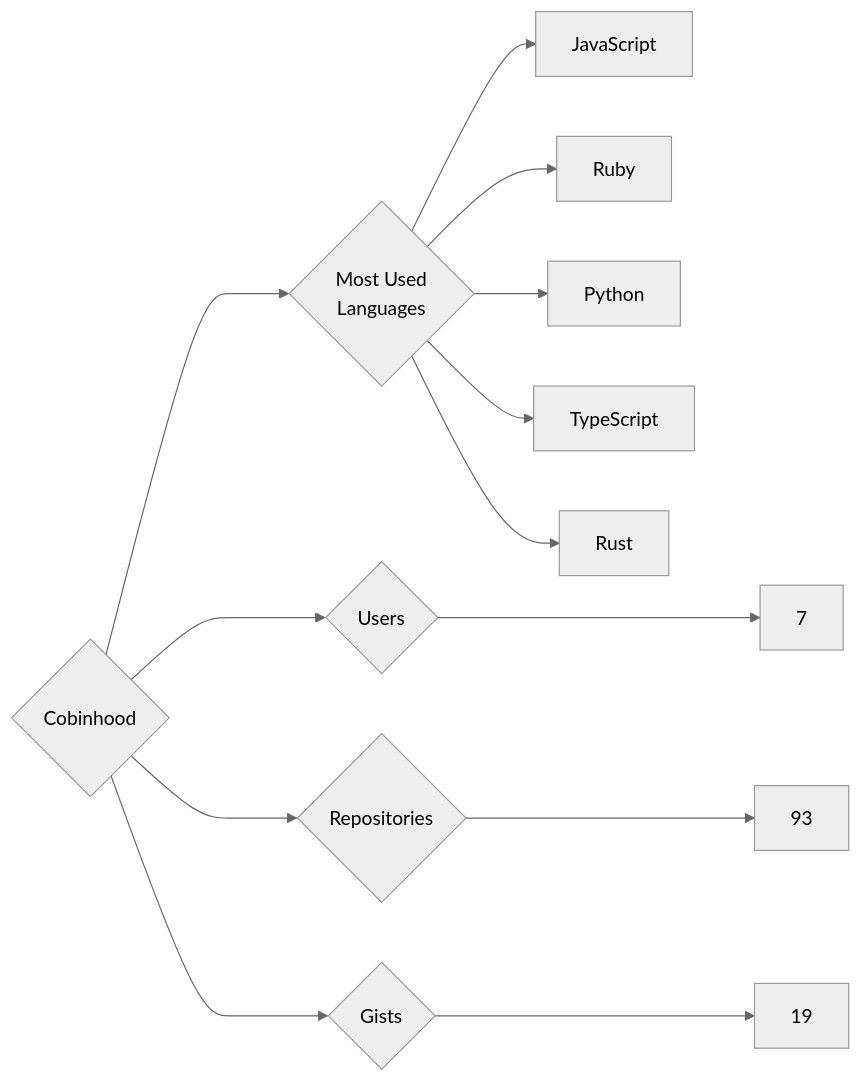
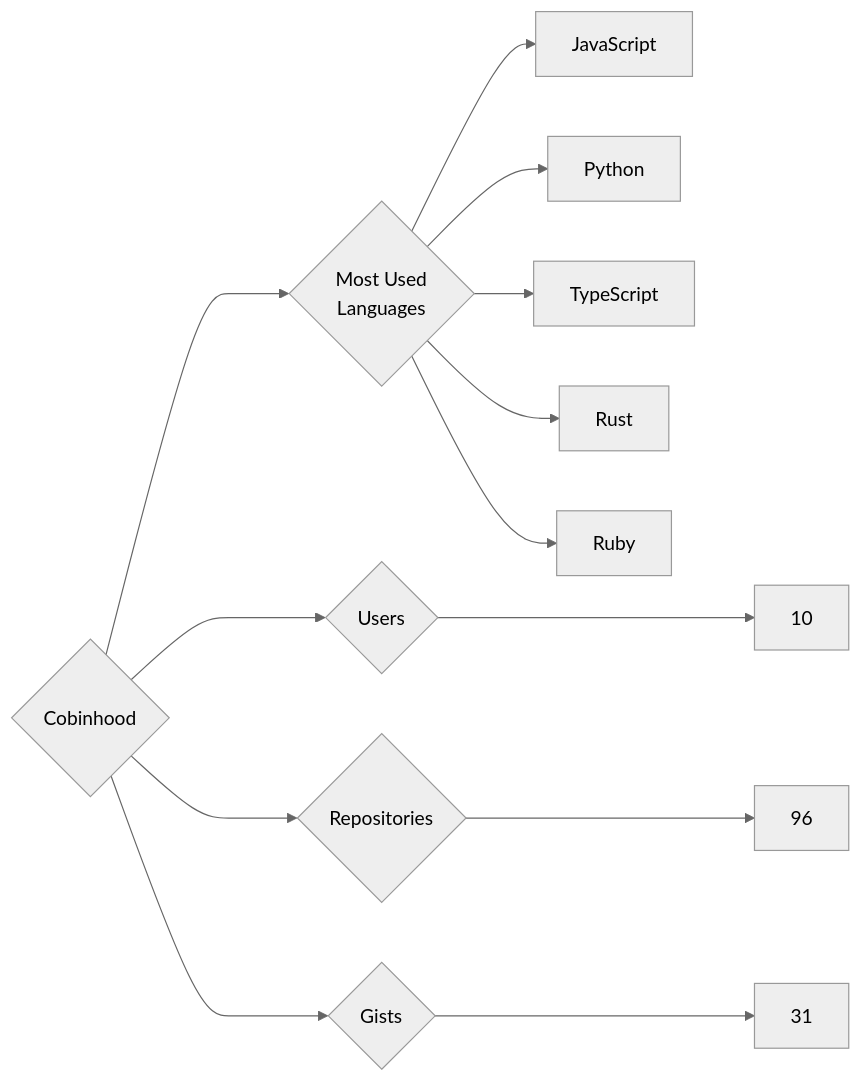
One commit to trickest/insiders changed the diagram in targets/Cobinhood/README.md. Above: the diagram before and after it, drawn with Mermaid (neutral theme). The commit also changed 611 other files, not shown here.

````diff
--- a/targets/Cobinhood/README.md
+++ b/targets/Cobinhood/README.md
@@ -3,13 +3,13 @@
 ```mermaid
 graph LR
 COMPANY_NAME{Cobinhood}
-COMPANY_NAME ---> U{Users} ---> UN[7]
-COMPANY_NAME ---> R{Repositories} ---> RN[93]
-COMPANY_NAME ---> G{Gists} ---> GN[19]
+COMPANY_NAME ---> U{Users} ---> UN[10]
+COMPANY_NAME ---> R{Repositories} ---> RN[96]
+COMPANY_NAME ---> G{Gists} ---> GN[31]
 COMPANY_NAME ---> ML{Most Used<br>Languages}
 ML --> JavaScript[JavaScript]
-ML --> Ruby[Ruby]
 ML --> Python[Python]
 ML --> TypeScript[TypeScript]
 ML --> Rust[Rust]
+ML --> Ruby[Ruby]
 ```
````
